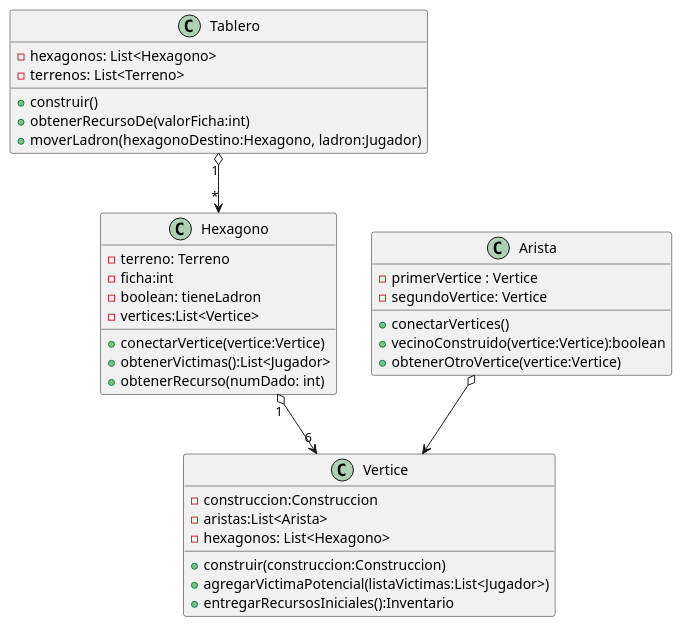
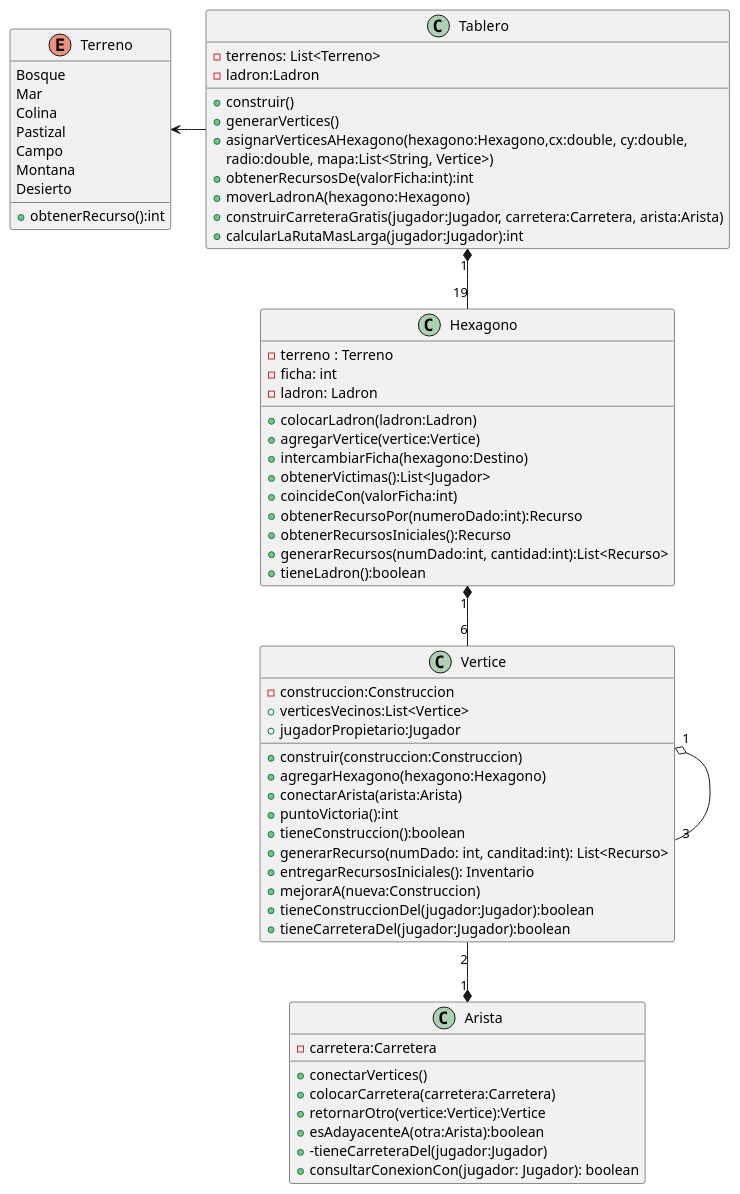
Before and after one commit to alejandrodelcs/tp2-algo3: the diagram in diagrams/classes/dc-terreno-hexagono-arista-vertice.plantuml, drawn with PlantUML. The commit also changed 16 other files, not shown here.

Commit message:
se sube y mejora diagramas de clases del modelo

```diff
--- a/diagrams/classes/dc-terreno-hexagono-arista-vertice.plantuml
+++ b/diagrams/classes/dc-terreno-hexagono-arista-vertice.plantuml
@@ -1,47 +1,86 @@
 @startuml
 
+
 class Tablero{
- -hexagonos: List<Hexagono>
- -terrenos: List<Terreno>
- +construir()
- +obtenerRecursoDe(valorFicha:int)
- +moverLadron(hexagonoDestino:Hexagono, ladron:Jugador)
+    -terrenos: List<Terreno>
+    -ladron:Ladron
+    +construir()
+    +generarVertices()
+    +asignarVerticesAHexagono(hexagono:Hexagono,cx:double, cy:double,
+                            radio:double, mapa:List<String, Vertice>)
+    +obtenerRecursosDe(valorFicha:int):int
+    +moverLadronA(hexagono:Hexagono)
+    +construirCarreteraGratis(jugador:Jugador, carretera:Carretera, arista:Arista)
+    +calcularLaRutaMasLarga(jugador:Jugador):int
 }
 
-class Hexagono{
-  -terreno: Terreno   
-  -ficha:int
-  -boolean: tieneLadron
-  -vertices:List<Vertice>
-  +conectarVertice(vertice:Vertice)
-  +obtenerVictimas():List<Jugador>
-  +obtenerRecurso(numDado: int)
+class Hexagono {
+    -terreno : Terreno
+    -ficha: int
+    -ladron: Ladron
+    +colocarLadron(ladron:Ladron)
+    +agregarVertice(vertice:Vertice)
+    +intercambiarFicha(hexagono:Destino)
+    +obtenerVictimas():List<Jugador>
+    +coincideCon(valorFicha:int)
+    +obtenerRecursoPor(numeroDado:int):Recurso
+    +obtenerRecursosIniciales():Recurso
+    +generarRecursos(numDado:int, cantidad:int):List<Recurso>
+    +tieneLadron():boolean
+
 }
 
-class Arista{
-   -primerVertice : Vertice
-   -segundoVertice: Vertice
-   
-   +conectarVertices()
-   +vecinoConstruido(vertice:Vertice):boolean
-   +obtenerOtroVertice(vertice:Vertice)
-   
+Enum Terreno{
+    Bosque
+    Mar
+    Colina
+    Pastizal
+    Campo
+    Montana
+    Desierto
+    +obtenerRecurso():int
+
 }
 
 
 class Vertice{
--construccion:Construccion
-   -aristas:List<Arista>
-   -hexagonos: List<Hexagono>
-   +construir(construccion:Construccion)
-   +agregarVictimaPotencial(listaVictimas:List<Jugador>)
-   +entregarRecursosIniciales():Inventario
+    -construccion:Construccion
+    +construir(construccion:Construccion)
+    +agregarHexagono(hexagono:Hexagono)
+    +conectarArista(arista:Arista)
+    +puntoVictoria():int
+    +tieneConstruccion():boolean
+    +generarRecurso(numDado: int, canditad:int): List<Recurso>
+    +entregarRecursosIniciales(): Inventario
+    +mejorarA(nueva:Construccion)
+    +verticesVecinos:List<Vertice>
+    +tieneConstruccionDel(jugador:Jugador):boolean
+    +tieneCarreteraDel(jugador:Jugador):boolean
+    +jugadorPropietario:Jugador
+}
+
+class Arista{
+   -carretera:Carretera
+   +conectarVertices()
+   +colocarCarretera(carretera:Carretera)
+   +retornarOtro(vertice:Vertice):Vertice
+   +esAdayacenteA(otra:Arista):boolean
+   +-tieneCarreteraDel(jugador:Jugador)
+   +consultarConexionCon(jugador: Jugador): boolean
+
 
 }
 
+Terreno <- Tablero
+
+Tablero "1" *-- "19" Hexagono
+
+Hexagono "1" *-- "6" Vertice
+
+Vertice "2" --* "1" Arista
+
+Vertice "1" o- "3" Vertice
 
 
-Tablero "1" o--> "*" Hexagono 
-Hexagono "1" o--> "6" Vertice
-Arista o--> Vertice
+
 @enduml
```
